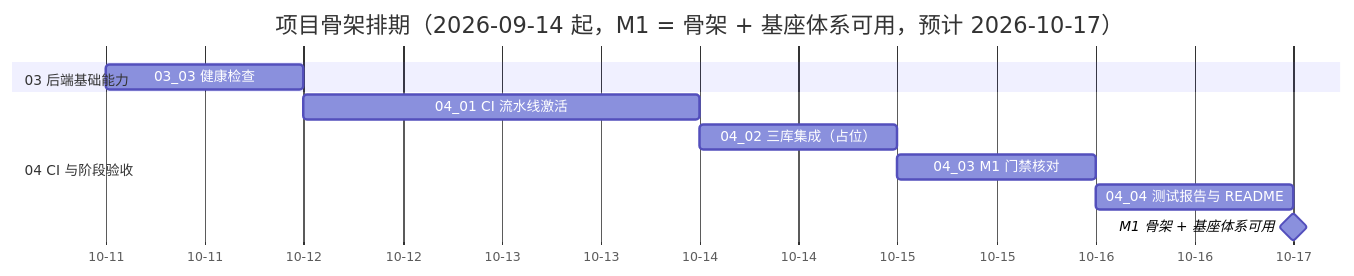
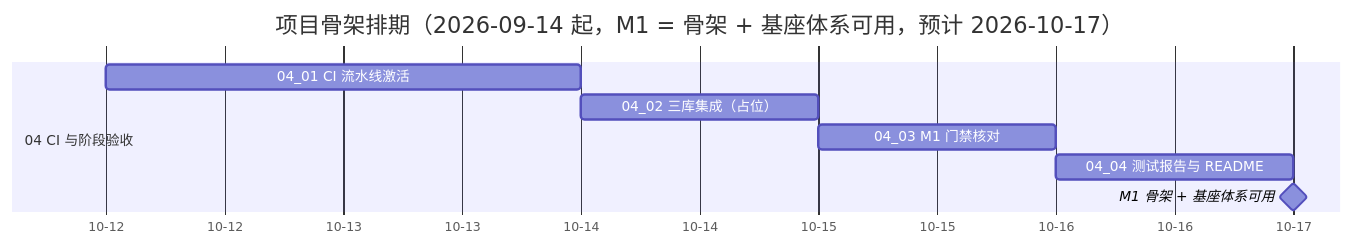
One commit to minjian123/basic-management-system changed the diagram in bms文档/项目/01_项目骨架/计划/01_计划_项目骨架.md. Above: the diagram before and after it, drawn with Mermaid. The commit also changed other lines of this file and 14 other files, not shown here.

````diff
--- a/bms文档/项目/01_项目骨架/计划/01_计划_项目骨架.md
+++ b/bms文档/项目/01_项目骨架/计划/01_计划_项目骨架.md
@@ -112,14 +112,12 @@
 ```mermaid
 gantt
     title 项目骨架排期（2026-09-14 起，M1 = 骨架 + 基座体系可用，预计 2026-10-17）
     dateFormat  YYYY-MM-DD
     axisFormat %m-%d
-    section 03 后端基础能力
-    03_03 健康检查         :a33, 2026-10-11, 1d
     section 04 CI 与阶段验收
     04_01 CI 流水线激活    :a41, 2026-10-12, 2d
     04_02 三库集成（占位） :a42, 2026-10-14, 1d
     04_03 M1 门禁核对      :a43, 2026-10-15, 1d
     04_04 测试报告与 README :a44, 2026-10-16, 1d
     M1 骨架 + 基座体系可用 :milestone, m1, 2026-10-17, 0d
 ```
````
